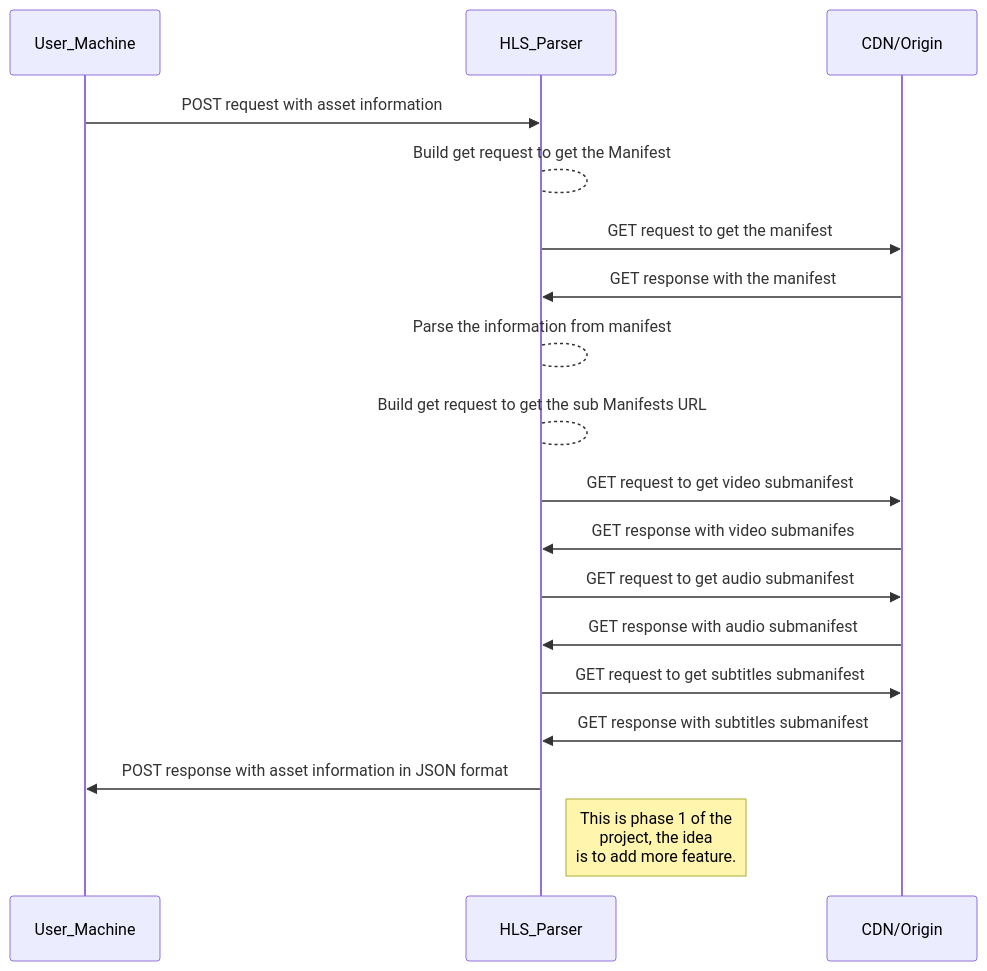
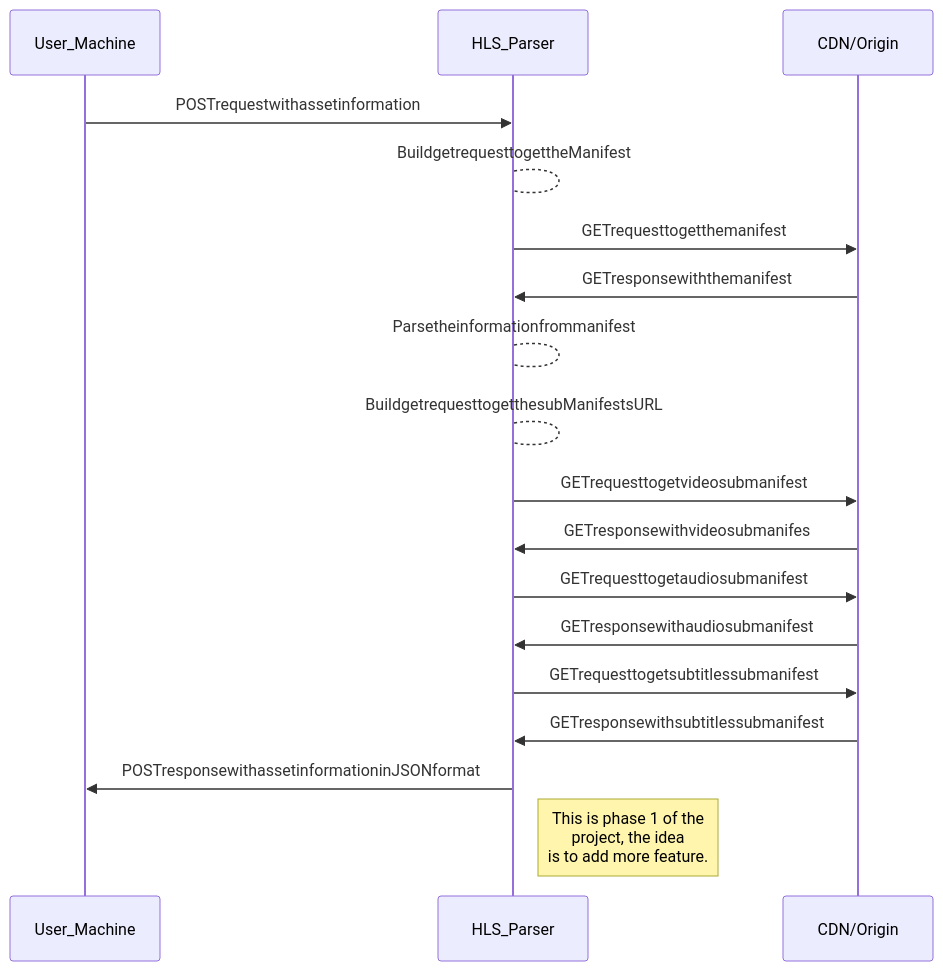
Before and after one commit to gioipez/ABRMonitoring: the diagram in README.md, drawn with Mermaid.

Commit message:
Phase 1 workflow added v1

````diff
--- a/README.md
+++ b/README.md
@@ -12,17 +12,20 @@
 ```mermaid
 sequenceDiagram
-User_Machine ->> HLS_Parser: POST request with asset information
-HLS_Parser --> HLS_Parser: Build get request to get the Manifest
-HLS_Parser ->> CDN/Origin: GET request to get the manifest
-CDN/Origin ->> HLS_Parser: GET response with the manifest
-HLS_Parser --> HLS_Parser: Parse the information from manifest
-HLS_Parser --> HLS_Parser: Build get request to get the sub Manifests URL
-HLS_Parser ->> CDN/Origin: GET request to get video submanifest
-CDN/Origin ->> HLS_Parser: GET response with video submanifes
-HLS_Parser ->> CDN/Origin: GET request to get audio submanifest
-CDN/Origin ->> HLS_Parser: GET response with audio submanifest
-HLS_Parser ->> CDN/Origin: GET request to get subtitles submanifest
-CDN/Origin ->> HLS_Parser: GET response with subtitles submanifest
-HLS_Parser ->> User_Machine: POST response with asset information in JSON format
+participant User_Machine
+participant HLS_Parser
+participant CDN/Origin
+User_Machine->>HLS_Parser:POSTrequestwithassetinformation
+HLS_Parser-->HLS_Parser:BuildgetrequesttogettheManifest
+HLS_Parser->>CDN/Origin:GETrequesttogetthemanifest
+CDN/Origin->>HLS_Parser:GETresponsewiththemanifest
+HLS_Parser-->HLS_Parser:Parsetheinformationfrommanifest
+HLS_Parser-->HLS_Parser:BuildgetrequesttogetthesubManifestsURL
+HLS_Parser->>CDN/Origin:GETrequesttogetvideosubmanifest
+CDN/Origin->>HLS_Parser:GETresponsewithvideosubmanifes
+HLS_Parser->>CDN/Origin:GETrequesttogetaudiosubmanifest
+CDN/Origin->>HLS_Parser:GETresponsewithaudiosubmanifest
+HLS_Parser->>CDN/Origin:GETrequesttogetsubtitlessubmanifest
+CDN/Origin->>HLS_Parser:GETresponsewithsubtitlessubmanifest
+HLS_Parser->>User_Machine:POSTresponsewithassetinformationinJSONformat
 Note right of HLS_Parser: This is phase 1 of the<br> project, the idea <br> is to add more feature.
 ```
````
